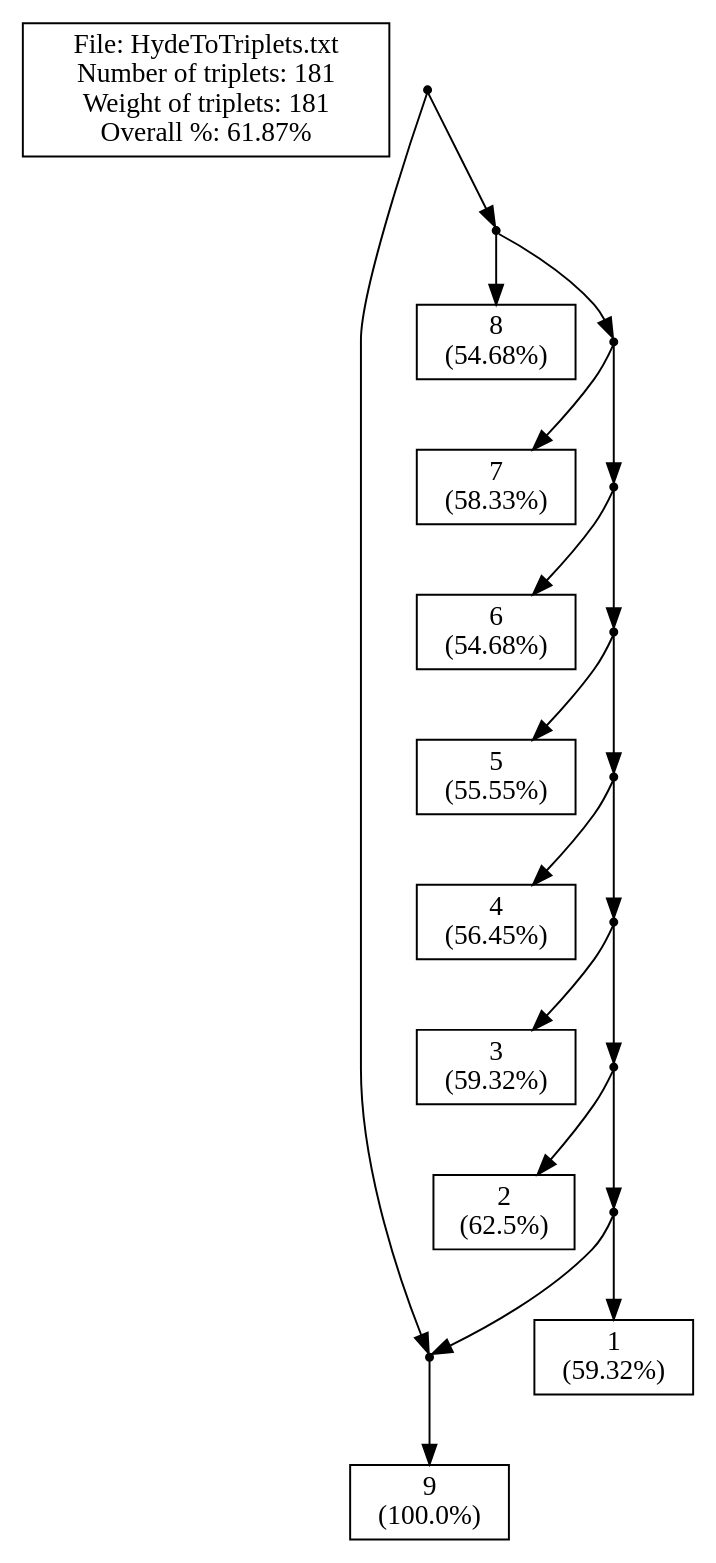
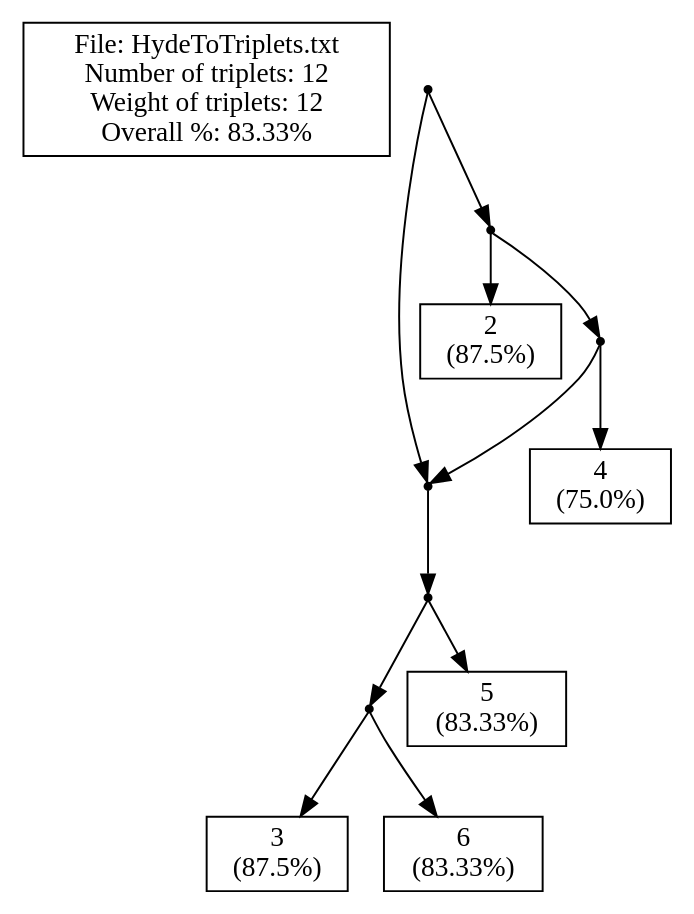
Before and after one commit to solislemuslab/phylo-knit: the diagram in New/Server/cExample1.dot, drawn with Graphviz. The commit also changed 17 other files, not shown here.

```diff
--- a/New/Server/cExample1.dot
+++ b/New/Server/cExample1.dot
@@ -1,66 +1,54 @@
 // LEV1ATHAN Version 1.0, 21 september 2009
 // COMMENT: Pre-processing the input file to count the leaves
-// COMMENT: Pre-processing showed that there are 9 leaves in the input.
-// SUMMARY: Input had 9 leaves.
+// COMMENT: Pre-processing showed that there are 5 leaves in the input.
+// SUMMARY: Input had 5 leaves.
 // USER-SETTING: Will *not* post-process output to collapse edges.
 // COMMENT: Triplet set is already dense.
-// SUMMARY: There are 181 triplets in the input.
-// SUMMARY: Total weight of input triplets is 181.
+// SUMMARY: There are 12 triplets in the input.
+// SUMMARY: Total weight of input triplets is 12.
 // SUMMARY: (Before post-processing)
-// SUMMARY: We got 112 units of triplet weight, that's 61.87% of total weight.
-// SUMMARY: In total 69 units of triplet weight were -not- consistent with the ouput network.
-// SUMMARY: Output network contained 0 triplets -not- in the original input.
-// SUMMARY: The symmetric difference is thus 69 + (1 * 0) = 69
+// SUMMARY: We got 10 units of triplet weight, that's 83.33% of total weight.
+// SUMMARY: In total 2 units of triplet weight were -not- consistent with the ouput network.
+// SUMMARY: Output network contained 3 triplets -not- in the original input.
+// SUMMARY: The symmetric difference is thus 2 + (1 * 3) = 5
 // SUMMARY: (After post-processing)
 strict digraph G1 {
 edge [fontsize=8]
-labelbox [shape=box, width=0.4, label="File: HydeToTriplets.txt\nNumber of triplets: 181\nWeight of triplets: 181\nOverall %: 61.87%"];
+labelbox [shape=box, width=0.4, label="File: HydeToTriplets.txt\nNumber of triplets: 12\nWeight of triplets: 12\nOverall %: 83.33%"];
 1000 [shape=point];
 1001 [shape=point];
-9 [shape=box, width=0.3, label="9\n(100.0%)"];
+1002 [shape=point];
 1003 [shape=point];
-4 [shape=box, width=0.3, label="8\n(54.68%)"];
-1005 [shape=point];
-7 [shape=box, width=0.3, label="7\n(58.33%)"];
+1 [shape=box, width=0.3, label="3\n(87.5%)"];
+2 [shape=box, width=0.3, label="6\n(83.33%)"];
+5 [shape=box, width=0.3, label="5\n(83.33%)"];
 1007 [shape=point];
-3 [shape=box, width=0.3, label="6\n(54.68%)"];
+4 [shape=box, width=0.3, label="2\n(87.5%)"];
 1009 [shape=point];
-1 [shape=box, width=0.3, label="5\n(55.55%)"];
-1011 [shape=point];
-6 [shape=box, width=0.3, label="4\n(56.45%)"];
-1013 [shape=point];
-5 [shape=box, width=0.3, label="3\n(59.32%)"];
-1015 [shape=point];
-8 [shape=box, width=0.3, label="2\n(62.5%)"];
-1017 [shape=point];
-2 [shape=box, width=0.3, label="1\n(59.32%)"];
+3 [shape=box, width=0.3, label="4\n(75.0%)"];
 1000 -> 1001
-1000 -> 1003
-1001 -> 9
-1003 -> 4
-1003 -> 1005
-1005 -> 7
-1005 -> 1007
-1007 -> 3
+1000 -> 1007
+1001 -> 1002
+1002 -> 1003
+1002 -> 5
+1003 -> 1
+1003 -> 2
+1007 -> 4
 1007 -> 1009
-1009 -> 1
-1009 -> 1011
-1011 -> 6
-1011 -> 1013
-1013 -> 5
-1013 -> 1015
-1015 -> 8
-1015 -> 1017
-1017 -> 2
-1017 -> 1001
-1001 -> 9
+1009 -> 3
+1009 -> 1001
+1001 -> 1002
+1002 -> 1003
+1002 -> 5
+1003 -> 1
+1003 -> 2
 }
-// SUMMARY: eNewick output: ((9)#H1,(8,(7,(6,(5,(4,(3,(2,(1,#H1)))))))));
-// SUMMARY: In total 69 units of triplet weight were -not- consistent with the ouput network.
-// SUMMARY: Output network contained 0 triplets -not- in the original input.
+// SUMMARY: eNewick output: ((((3,6),5))#H1,(2,(4,#H1)));
+// SUMMARY: In total 2 units of triplet weight were -not- consistent with the ouput network.
+// SUMMARY: Output network contained 3 triplets -not- in the original input.
 // SUMMARY: Weight of missing triplets before contraction minus weight of missing triplets afterwards: 0
 // SUMMARY: Number of surplus triplets before contraction minus number of surplus triplets afterwards: 0
-// CONCLUSION: After post-processing we got 112 units of triplet weight, that's 61.87% of total weight (before post-processing this was 61.87%).
-// CONCLUSION: After post-processing the symmetric difference is thus 69 + (1 * 0) = 69 (before post-processing this was 69)
-// STAT: PERCENTAGE = 61.87
-// STAT: NETWORK-TRIPLET SD = 69
+// CONCLUSION: After post-processing we got 10 units of triplet weight, that's 83.33% of total weight (before post-processing this was 83.33%).
+// CONCLUSION: After post-processing the symmetric difference is thus 2 + (1 * 3) = 5 (before post-processing this was 5)
+// STAT: PERCENTAGE = 83.33
+// STAT: NETWORK-TRIPLET SD = 5
```
